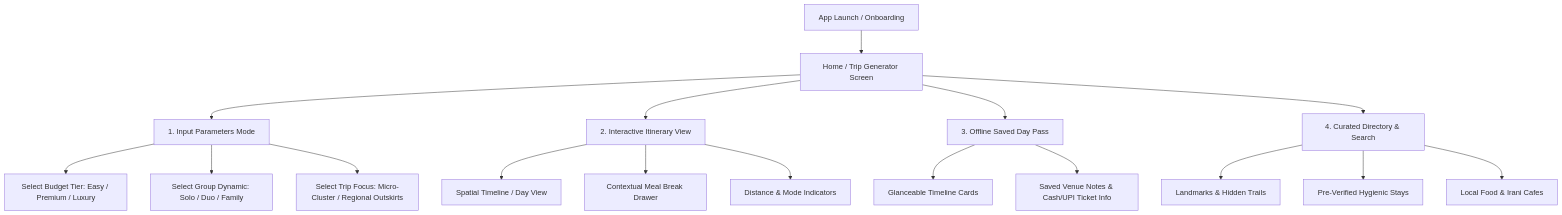
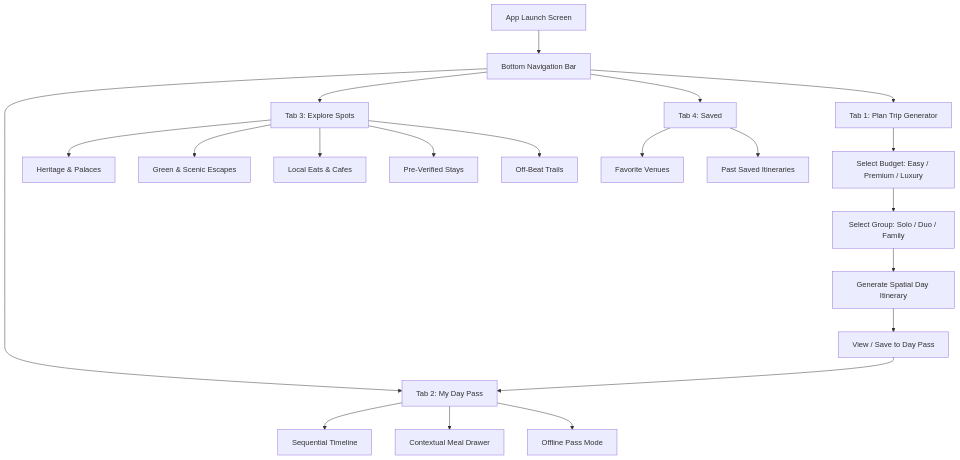
The diagram in IA_TAXONOMY.md (NIFT-Information-Architecture-2026/Ankita_BD-24-618), drawn with Mermaid before and after one commit. The commit also changed other lines of this file, not shown here.

````diff
--- a/IA_TAXONOMY.md
+++ b/IA_TAXONOMY.md
@@ -22,23 +74,27 @@
 ```mermaid
 graph TD
-    A[App Launch / Onboarding] --> B[Home / Trip Generator Screen]
+    A[App Launch Screen] --> B[Bottom Navigation Bar]
     
-    B --> C1[1. Input Parameters Mode]
-    C1 --> C1A[Select Budget Tier: Easy / Premium / Luxury]
-    C1 --> C1B[Select Group Dynamic: Solo / Duo / Family]
-    C1 --> C1C[Select Trip Focus: Micro-Cluster / Regional Outskirts]
+    B --> Tab1[Tab 1: Plan Trip Generator]
+    Tab1 --> Gen1[Select Budget: Easy / Premium / Luxury]
+    Gen1 --> Gen2[Select Group: Solo / Duo / Family]
+    Gen2 --> Gen3[Generate Spatial Day Itinerary]
+    Gen3 --> PassView[View / Save to Day Pass]
 
-    B --> C2[2. Interactive Itinerary View]
-    C2 --> C2A[Spatial Timeline / Day View]
-    C2 --> C2B[Contextual Meal Break Drawer]
-    C2 --> C2C[Distance & Mode Indicators]
-    
-    B --> C3[3. Offline Saved Day Pass]
-    C3 --> C3A[Glanceable Timeline Cards]
-    C3 --> C3B[Saved Venue Notes & Cash/UPI Ticket Info]
+    B --> Tab2[Tab 2: My Day Pass]
+    PassView --> Tab2
+    Tab2 --> Pass1[Sequential Timeline]
+    Tab2 --> Pass2[Contextual Meal Drawer]
+    Tab2 --> Pass3[Offline Pass Mode]
 
-    B --> C4[4. Curated Directory & Search]
-    C4 --> C4A[Landmarks & Hidden Trails]
-    C4 --> C4B[Pre-Verified Hygienic Stays]
-    C4 --> C4C[Local Food & Irani Cafes]
+    B --> Tab3[Tab 3: Explore Spots]
+    Tab3 --> Cat1[Heritage & Palaces]
+    Tab3 --> Cat2[Green & Scenic Escapes]
+    Tab3 --> Cat3[Local Eats & Cafes]
+    Tab3 --> Cat4[Pre-Verified Stays]
+    Tab3 --> Cat5[Off-Beat Trails]
+
+    B --> Tab4[Tab 4: Saved]
+    Tab4 --> Fav1[Favorite Venues]
+    Tab4 --> Fav2[Past Saved Itineraries]
 ```
````
